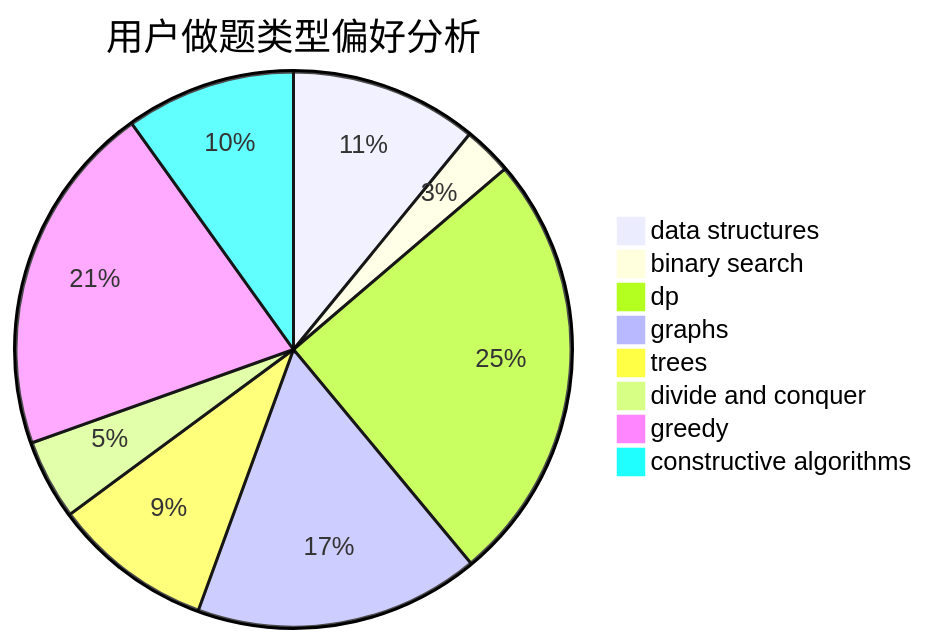
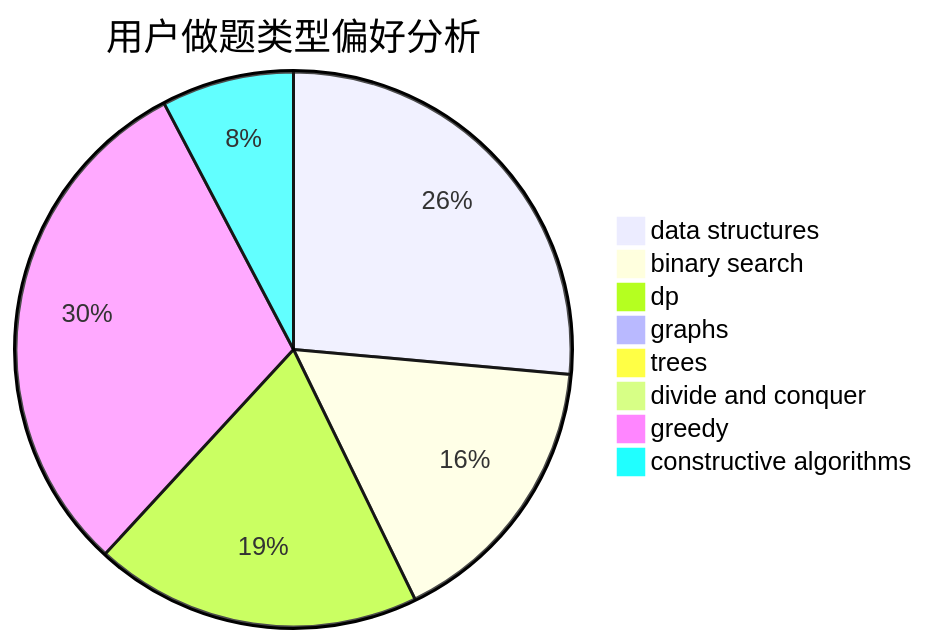
The second of 3 diagrams in docs/user/u322.md (sherpahu/cfrs.github.io), drawn with Mermaid before and after one commit. The commit also changed other lines of this file and 2770 other files, not shown here.

````diff
--- a/docs/user/u322.md
+++ b/docs/user/u322.md
@@ -23,11 +23,11 @@
 ```mermaid
 pie title 用户做题类型偏好分析
-    "data structures" :  96
-    "binary search" :  25
-    "dp" :  222
-    "graphs" :  146
-    "trees" :  82
-    "divide and conquer" :  41
-    "greedy" :  181
-    "constructive algorithms" :  87
+    "data structures" :  638
+    "binary search" :  395
+    "dp" :  460
+    "graphs" :  4
+    "trees" :  11
+    "divide and conquer" :  9
+    "greedy" :  735
+    "constructive algorithms" :  186
 ```
````
